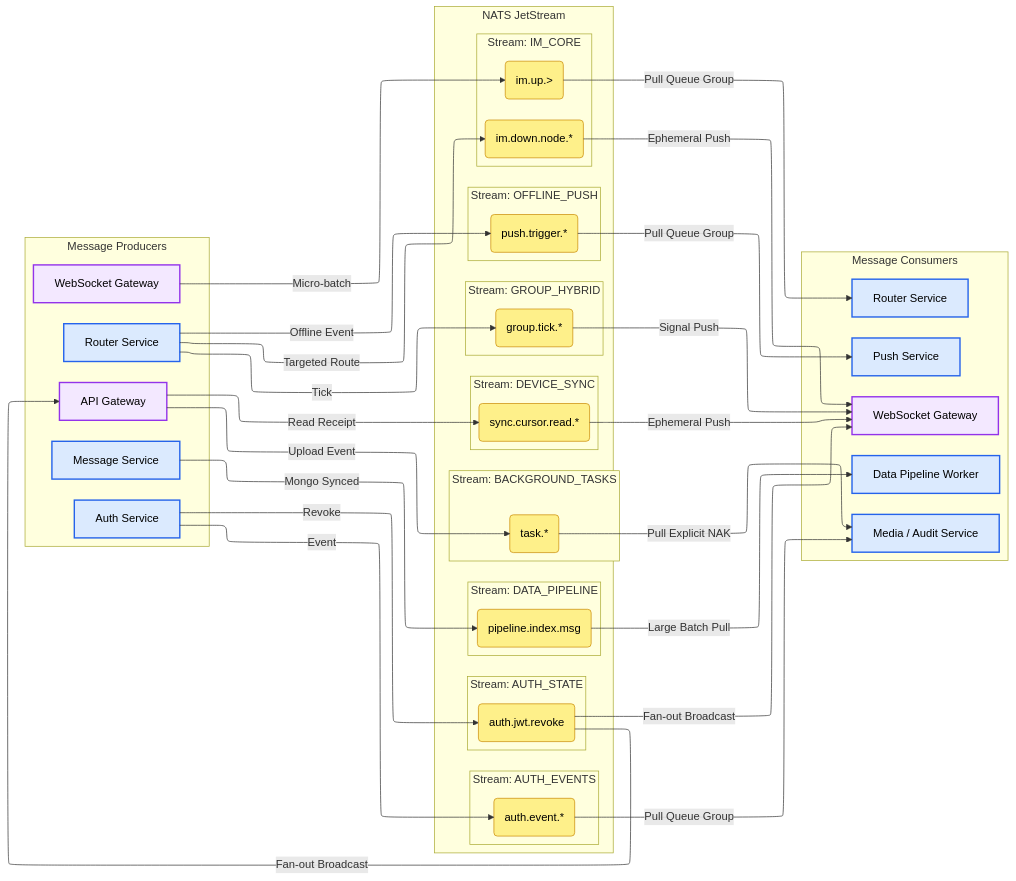
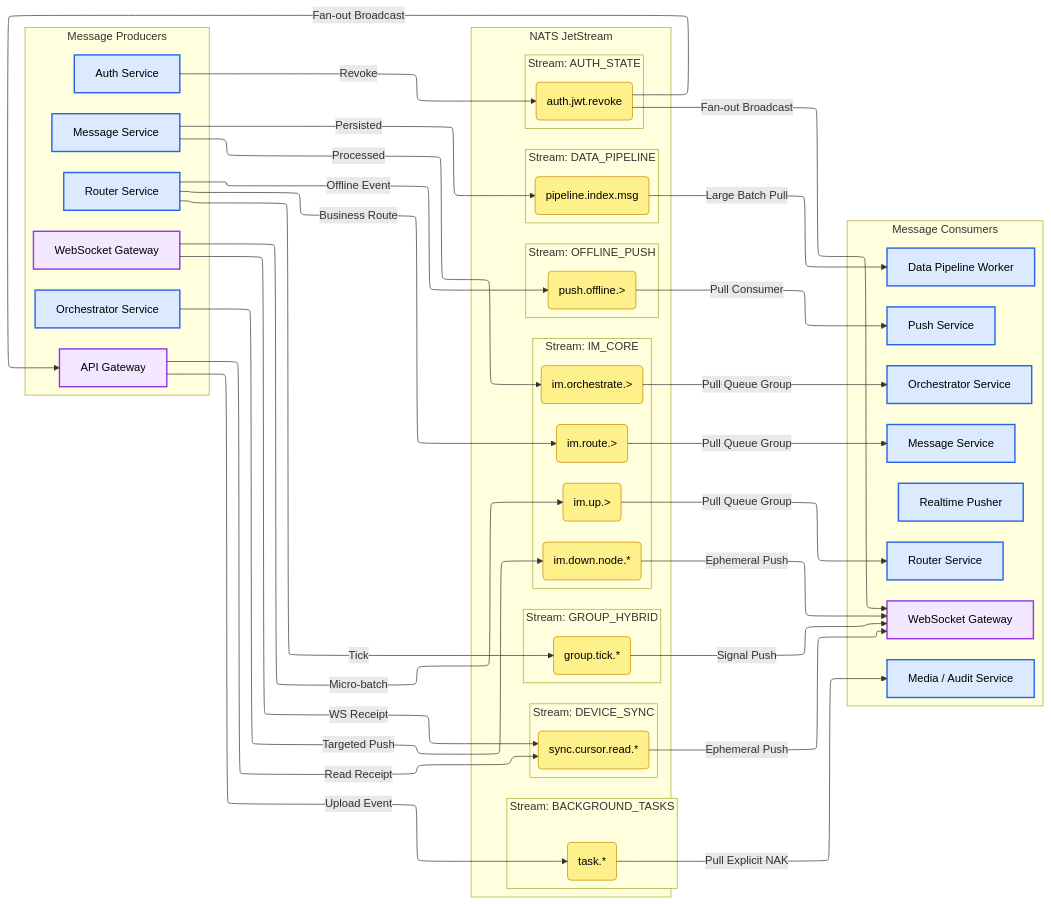
The first of 2 diagrams in docs/devdocs/jetstream-strategy.md (JamesWilson19970101/ocean.chat.docs), drawn with Mermaid before and after one commit. The commit also changed other lines of this file and 16 other files, not shown here.

First line of the commit message:
docs: Refine message delivery, NATS JetStream, and reliability architecture

```diff
--- a/docs/devdocs/jetstream-strategy.md
+++ b/docs/devdocs/jetstream-strategy.md
@@ -46,8 +46,9 @@
     subgraph Producers [Message Producers]
         WSG_P[WebSocket Gateway]:::gateway
         RS_P[Router Service]:::service
+        MS_P[Message Service]:::service
+        ORCH_P[Orchestrator Service]:::service
         AS_P[Auth Service]:::service
-        MS_P[Message Service]:::service
         API_P[API Gateway]:::gateway
     end
 
@@ -55,6 +56,8 @@
     subgraph JetStream [NATS JetStream]
         subgraph S_CORE [Stream: IM_CORE]
             UP(im.up.>):::subject
+            ROUTE(im.route.>):::subject
+            ORCH(im.orchestrate.>):::subject
             DOWN(im.down.node.*):::subject
         end
 
@@ -63,15 +66,11 @@
         end
 
         subgraph S_PUSH [Stream: OFFLINE_PUSH]
-            PUSH(push.trigger.*):::subject
+            PUSH(push.offline.>):::subject
         end
 
         subgraph S_AUTH [Stream: AUTH_STATE]
             REVOKE(auth.jwt.revoke):::subject
-        end
-
-        subgraph S_EVENTS [Stream: AUTH_EVENTS]
-            AEVENTS(auth.event.*):::subject
         end
 
         subgraph S_PIPE [Stream: DATA_PIPELINE]
@@ -90,6 +89,9 @@
     %% Consumers
     subgraph Consumers [Message Consumers]
         RS_C[Router Service]:::service
+        MS_C[Message Service]:::service
+        ORCH_C[Orchestrator Service]:::service
+        REAL_C[Realtime Pusher]:::service
         WSG_C[WebSocket Gateway]:::gateway
         PUSH_C[Push Service]:::service
         DP_C[Data Pipeline Worker]:::service
@@ -98,23 +100,26 @@
 
     %% Production Flows
     WSG_P -- Micro-batch --> UP
-    RS_P -- Targeted Route --> DOWN
+    RS_P -- Business Route --> ROUTE
+    MS_P -- Processed --> ORCH
+    ORCH_P -- Targeted Push --> DOWN
     RS_P -- Tick --> TICK
     RS_P -- Offline Event --> PUSH
     AS_P -- Revoke --> REVOKE
-    AS_P -- Event --> AEVENTS
-    MS_P -- Mongo Synced --> INDEX
+    MS_P -- Persisted --> INDEX
     API_P -- Upload Event --> TASK
     API_P -- Read Receipt --> SYNC
+    WSG_P -- WS Receipt --> SYNC
 
     %% Consumption Flows
     UP -- Pull Queue Group --> RS_C
+    ROUTE -- Pull Queue Group --> MS_C
+    ORCH -- Pull Queue Group --> ORCH_C
     DOWN -- Ephemeral Push --> WSG_C
     REVOKE -- Fan-out Broadcast --> WSG_C
     REVOKE -- Fan-out Broadcast --> API_P
-    AEVENTS -- Pull Queue Group --> MEDIA_C
     TICK -- Signal Push --> WSG_C
-    PUSH -- Pull Queue Group --> PUSH_C
+    PUSH -- Pull Consumer --> PUSH_C
     INDEX -- Large Batch Pull --> DP_C
     TASK -- Pull Explicit NAK --> MEDIA_C
     SYNC -- Ephemeral Push --> WSG_C
```
